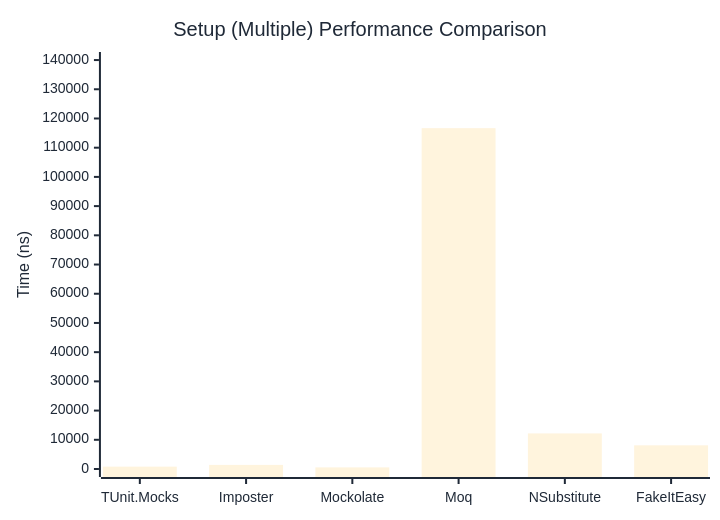
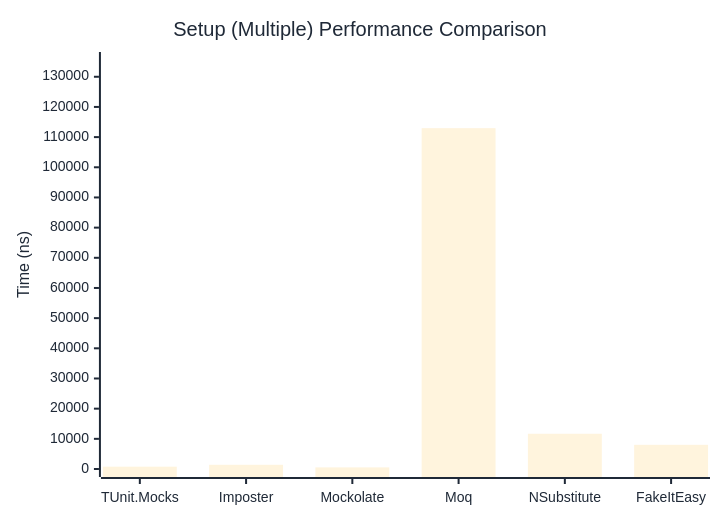
The second of 2 diagrams in docs/docs/benchmarks/mocks/Setup.md (thomhurst/TUnit), drawn with Mermaid before and after one commit. The commit also changed other lines of this file and 14 other files, not shown here.

````diff
--- a/docs/docs/benchmarks/mocks/Setup.md
+++ b/docs/docs/benchmarks/mocks/Setup.md
@@ -71,27 +71,27 @@
 ```mermaid
 %%{init: {
   'theme':'base',
   'themeVariables': {
     'primaryColor': '#2563eb',
     'primaryTextColor': '#1f2937',
     'primaryBorderColor': '#1e40af',
     'lineColor': '#6b7280',
     'secondaryColor': '#7c3aed',
     'tertiaryColor': '#dc2626',
     'background': '#ffffff',
     'pie1': '#2563eb',
     'pie2': '#7c3aed',
     'pie3': '#dc2626',
     'pie4': '#f59e0b',
     'pie5': '#10b981',
     'pie6': '#06b6d4',
     'pie7': '#ec4899',
     'pie8': '#6366f1'
   }
 }}%%
 xychart-beta
   title "Setup (Multiple) Performance Comparison"
   x-axis ["TUnit.Mocks", "Imposter", "Mockolate", "Moq", "NSubstitute", "FakeItEasy"]
-  y-axis "Time (ns)" 0 --> 140020
-  bar [806.3, 1403.9, 548.4, 116683.1, 12180.8, 8106.1]
+  y-axis "Time (ns)" 0 --> 135556
+  bar [768.5, 1392.8, 534.1, 112963, 11682.5, 8018.1]
 ```
````
